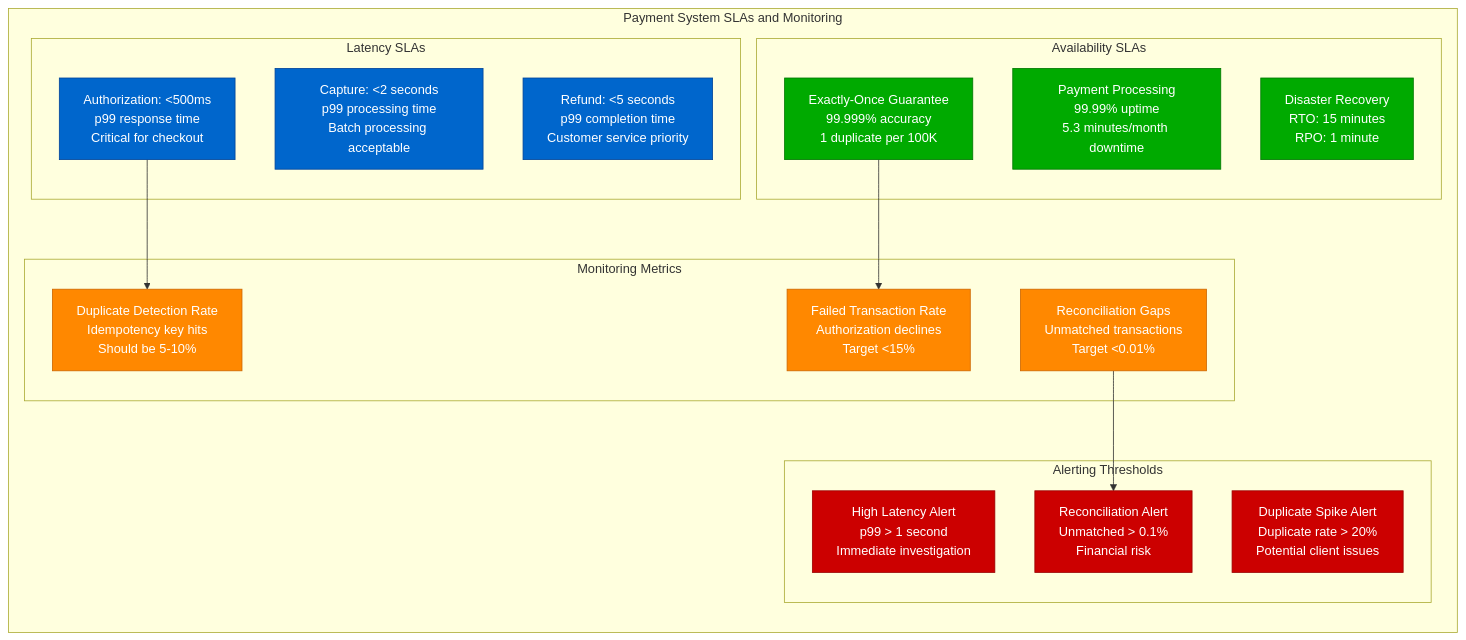
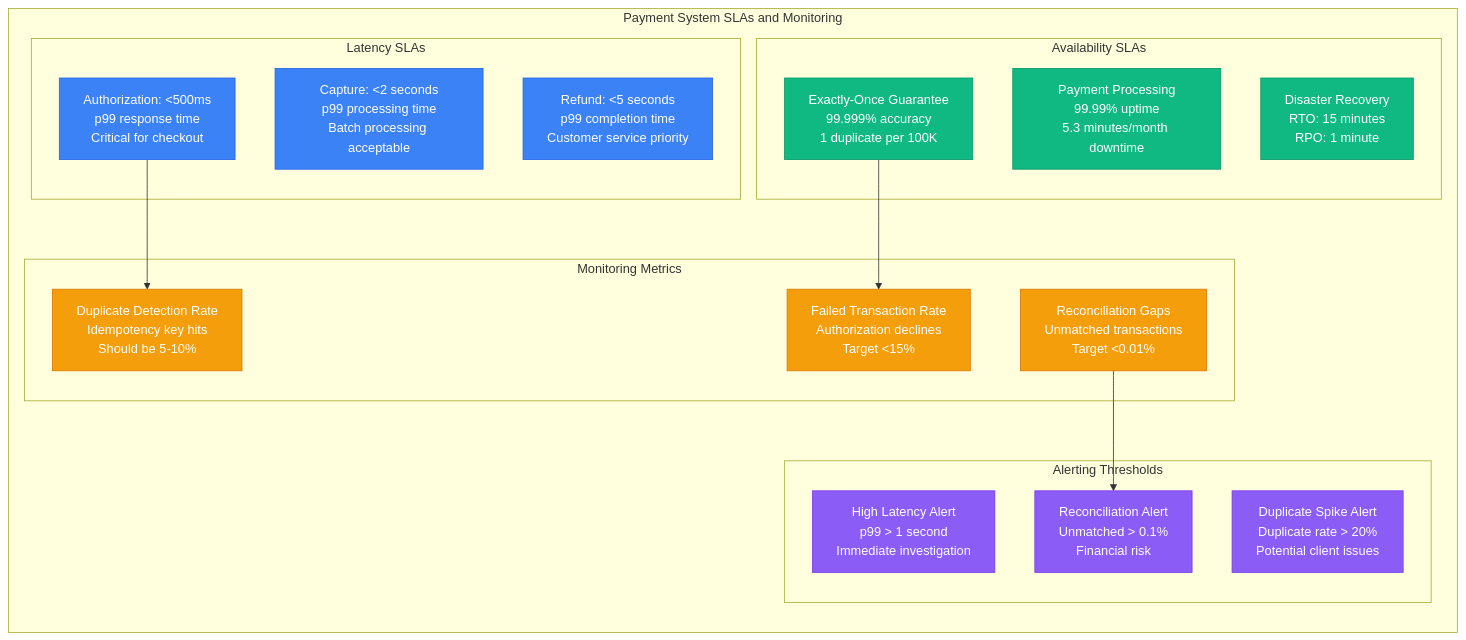
Before and after one commit to deepaucksharma/DS: the ninth of 9 diagrams in site/docs/guarantees/exactly-once/exactly-once-payment.md, drawn with Mermaid. The commit also changed other lines of this file and 303 other files, not shown here.

````diff
--- a/site/docs/guarantees/exactly-once/exactly-once-payment.md
+++ b/site/docs/guarantees/exactly-once/exactly-once-payment.md
@@ -657,42 +657,42 @@
 ```mermaid
 graph LR
     subgraph PaymentSLAs[Payment System SLAs and Monitoring]
         subgraph LatencySLAs[Latency SLAs]
             LS1[Authorization: <500ms<br/>p99 response time<br/>Critical for checkout]
             LS2[Capture: <2 seconds<br/>p99 processing time<br/>Batch processing acceptable]
             LS3[Refund: <5 seconds<br/>p99 completion time<br/>Customer service priority]
         end
 
         subgraph AvailabilitySLAs[Availability SLAs]
             AS1[Payment Processing<br/>99.99% uptime<br/>5.3 minutes/month downtime]
             AS2[Exactly-Once Guarantee<br/>99.999% accuracy<br/>1 duplicate per 100K]
             AS3[Disaster Recovery<br/>RTO: 15 minutes<br/>RPO: 1 minute]
         end
 
         subgraph MonitoringMetrics[Monitoring Metrics]
             MM1[Duplicate Detection Rate<br/>Idempotency key hits<br/>Should be 5-10%]
             MM2[Failed Transaction Rate<br/>Authorization declines<br/>Target <15%]
             MM3[Reconciliation Gaps<br/>Unmatched transactions<br/>Target <0.01%]
         end
 
         subgraph AlertingThresholds[Alerting Thresholds]
             AT1[High Latency Alert<br/>p99 > 1 second<br/>Immediate investigation]
             AT2[Duplicate Spike Alert<br/>Duplicate rate > 20%<br/>Potential client issues]
             AT3[Reconciliation Alert<br/>Unmatched > 0.1%<br/>Financial risk]
         end
     end
 
     LS1 --> MM1
     AS2 --> MM2
     MM3 --> AT3
 
-    classDef latencyStyle fill:#0066CC,stroke:#004499,color:#fff
-    classDef availabilityStyle fill:#00AA00,stroke:#007700,color:#fff
-    classDef monitoringStyle fill:#FF8800,stroke:#CC6600,color:#fff
-    classDef alertingStyle fill:#CC0000,stroke:#990000,color:#fff
+    classDef latencyStyle fill:#3B82F6,stroke:#2563EB,color:#fff
+    classDef availabilityStyle fill:#10B981,stroke:#059669,color:#fff
+    classDef monitoringStyle fill:#F59E0B,stroke:#D97706,color:#fff
+    classDef alertingStyle fill:#8B5CF6,stroke:#7C3AED,color:#fff
 
     class LS1,LS2,LS3 latencyStyle
     class AS1,AS2,AS3 availabilityStyle
     class MM1,MM2,MM3 monitoringStyle
     class AT1,AT2,AT3 alertingStyle
 ```
````
